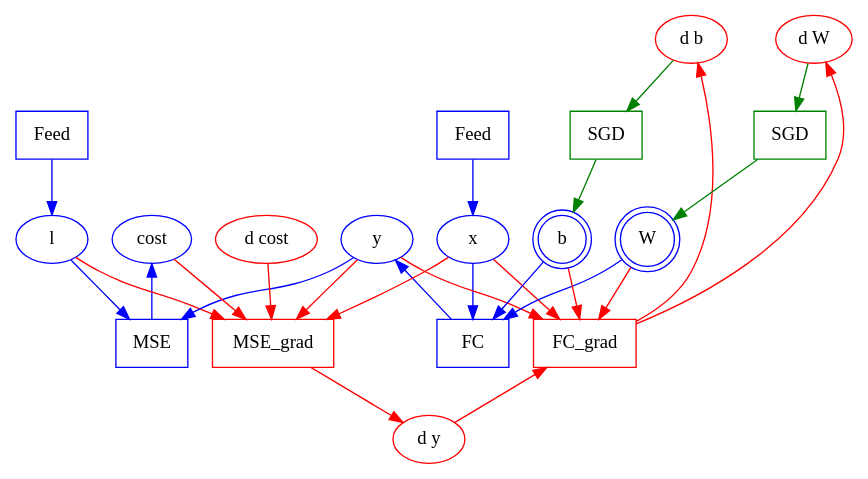
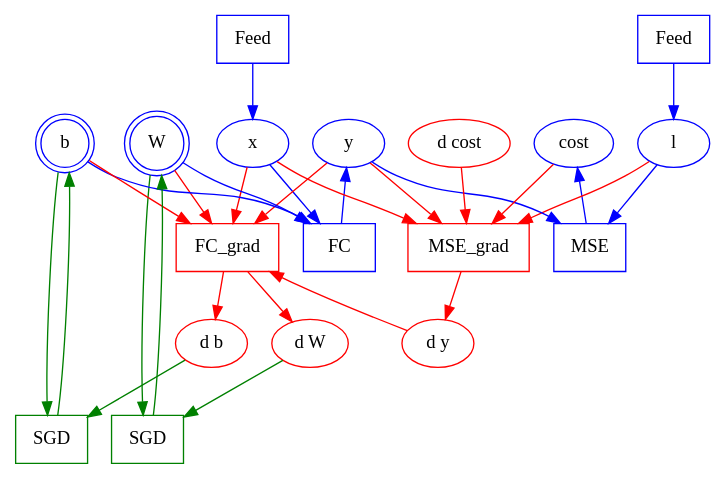
The diagram in doc/design/images/graph_construction_example.dot (PaddlePaddle/Paddle), drawn with Graphviz before and after one commit. The commit also changed 3 other files, not shown here.

```diff
--- a/doc/design/images/graph_construction_example.dot
+++ b/doc/design/images/graph_construction_example.dot
@@ -1,63 +1,65 @@
 digraph ImageClassificationGraph {
         ///////// The forward part /////////
         FeedX [label="Feed", color=blue, shape=box];
         FeedY [label="Feed", color=blue, shape=box];
         FC [label="FC", color=blue, shape=box];
         MSE [label="MSE", color=blue, shape=box];
 
         x [label="x", color=blue, shape=oval];
         l [label="l", color=blue, shape=oval];
         y [label="y", color=blue, shape=oval];
         W [label="W", color=blue, shape=doublecircle];
         b [label="b", color=blue, shape=doublecircle];
         cost [label="cost", color=blue, shape=oval];
 
         FeedX -> x -> FC -> y -> MSE -> cost [color=blue];
         FeedY -> l [color=blue];
         W -> FC [color=blue];
         b -> FC [color=blue];
         l -> MSE [color=blue];
 
         ////////// The backward part /////////
         MSE_Grad [label="MSE_grad", color=red, shape=box];
         FC_Grad [label="FC_grad", color=red, shape=box];
 
         d_cost [label="d cost", color=red, shape=oval];
         d_y [label="d y", color=red, shape=oval];
         d_b [label="d b", color=red, shape=oval];
         d_W [label="d W", color=red, shape=oval];
 
         cost -> MSE_Grad [color=red];
         d_cost -> MSE_Grad [color=red];
         x -> MSE_Grad [color=red];
         l -> MSE_Grad [color=red];
         y -> MSE_Grad -> d_y [color=red];
 
         x -> FC_Grad [color=red];
         y -> FC_Grad [color=red];
         d_y -> FC_Grad [color=red];
         W -> FC_Grad -> d_W [color=red];
         b -> FC_Grad -> d_b [color=red];
 
         ////////// The optimizaiton part //////////
 
         OPT_W [label="SGD", color=green, shape=box];
         OPT_b [label="SGD", color=green, shape=box];
 
+        W -> OPT_W [color=green];
+        b -> OPT_b [color=green];
         d_W -> OPT_W -> W [color=green];
         d_b -> OPT_b -> b [color=green];
 
         ////////// Groupings //////////
 
         subgraph clusterMSE {
                 style=invis;
                 MSE;
                 MSE_Grad;
         }
 
         subgraph clusterFC {
                 style=invis;
                 FC;
                 FC_Grad;
         }
 }
```
